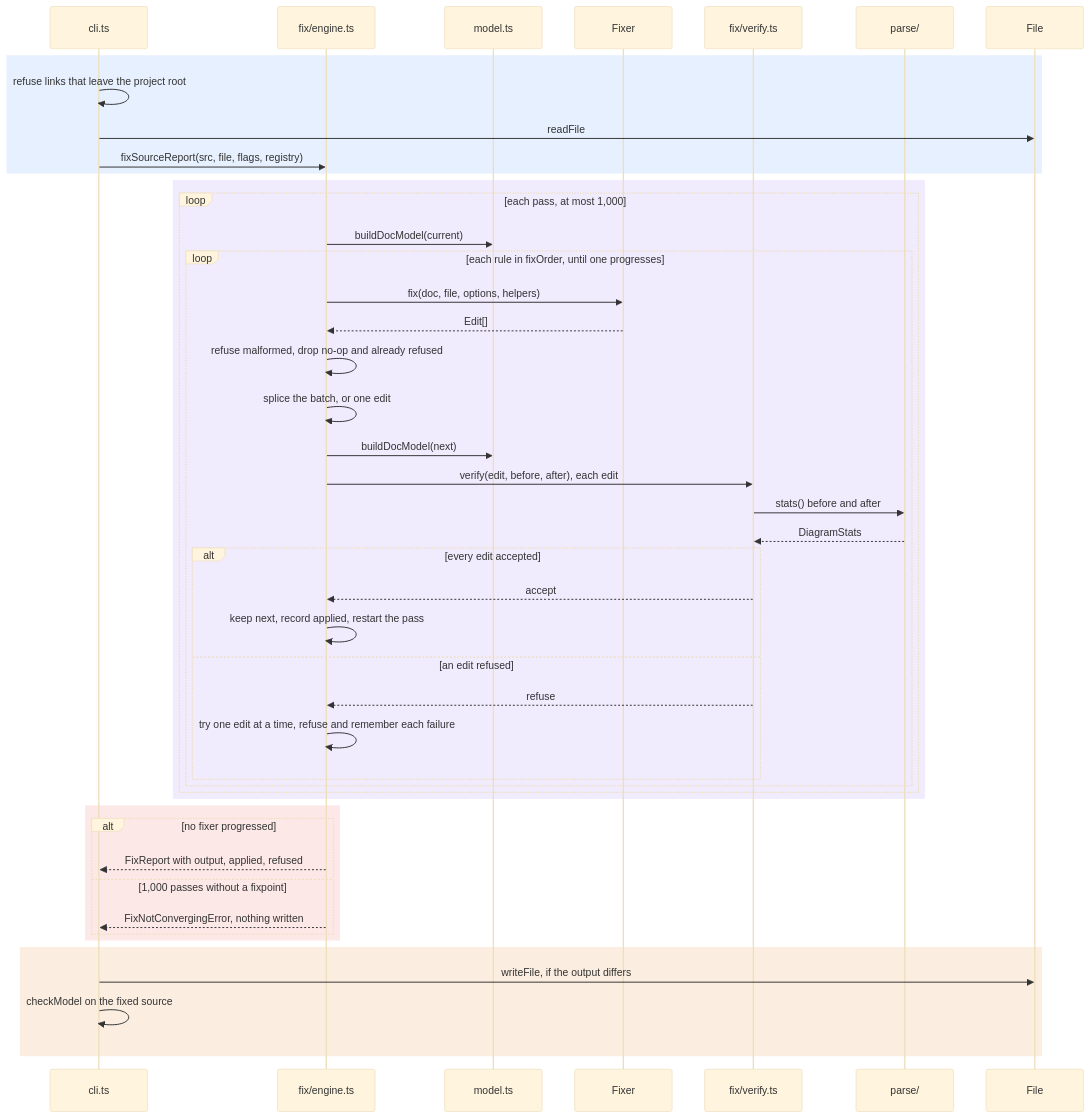
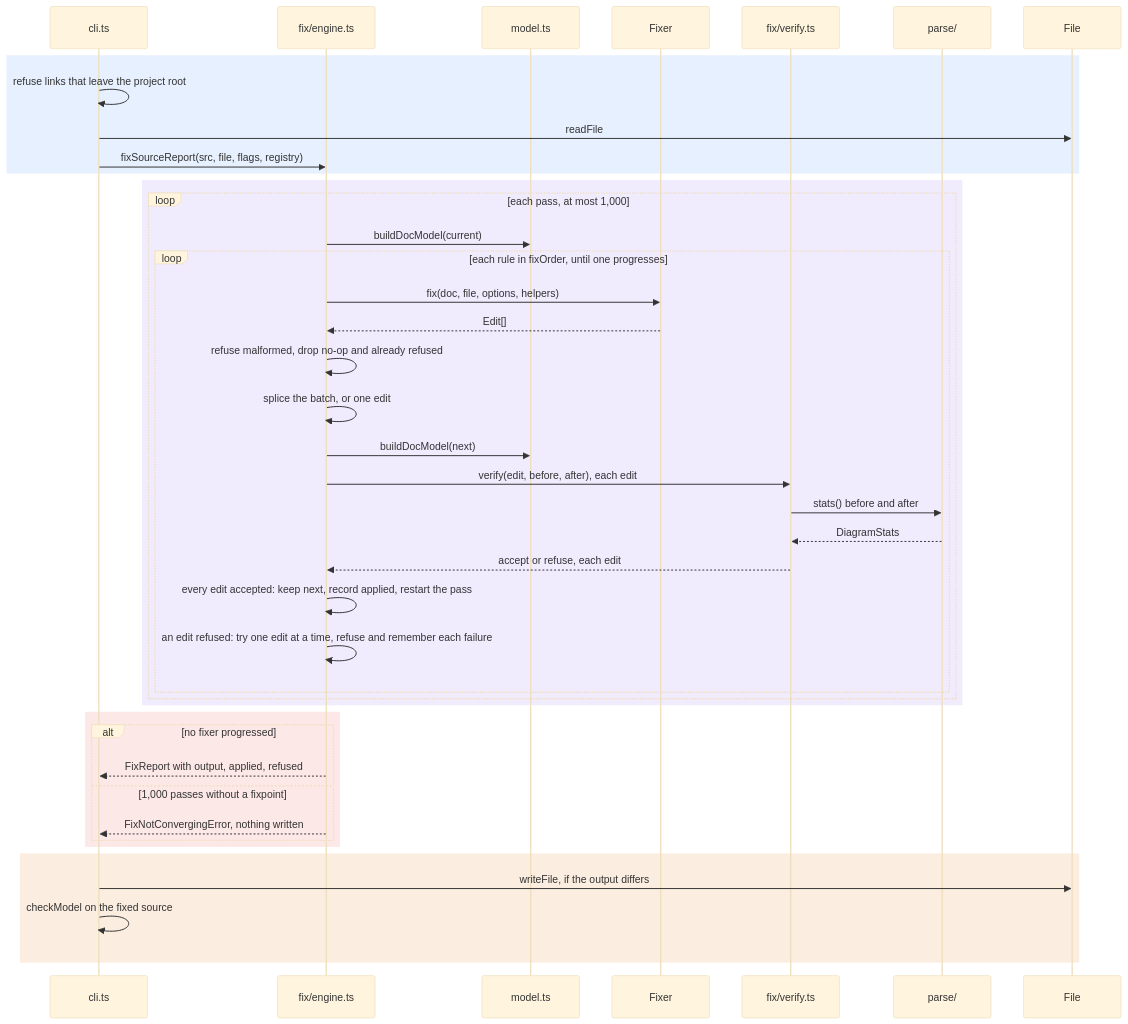
The ninth of 15 diagrams in docs/ARCHITECTURE.md (jpeakai/jpai-mermaidjs-lint), drawn with Mermaid (base theme) before and after one commit. The commit also changed other lines of this file and 27 other files, not shown here.

First line of the commit message:
Count what a reader must read in sequence, state, entity and class diagrams

````diff
--- a/docs/ARCHITECTURE.md
+++ b/docs/ARCHITECTURE.md
@@ -420,48 +420,44 @@
 ```mermaid
 sequenceDiagram
     participant CLI as cli.ts
     participant FE as fix/engine.ts
     participant M as model.ts
     participant FX as Fixer
     participant V as fix/verify.ts
     participant E as parse/
     participant FS as File
     rect rgba(59, 130, 246, 0.12)
         CLI->>CLI: refuse links that leave the project root
         CLI->>FS: readFile
         CLI->>FE: fixSourceReport(src, file, flags, registry)
     end
     rect rgba(139, 92, 246, 0.12)
         loop each pass, at most 1,000
             FE->>M: buildDocModel(current)
             loop each rule in fixOrder, until one progresses
                 FE->>FX: fix(doc, file, options, helpers)
                 FX-->>FE: Edit[]
                 FE->>FE: refuse malformed, drop no-op and already refused
                 FE->>FE: splice the batch, or one edit
                 FE->>M: buildDocModel(next)
                 FE->>V: verify(edit, before, after), each edit
                 V->>E: stats() before and after
                 E-->>V: DiagramStats
-                alt every edit accepted
-                    V-->>FE: accept
-                    FE->>FE: keep next, record applied, restart the pass
-                else an edit refused
-                    V-->>FE: refuse
-                    FE->>FE: try one edit at a time, refuse and remember each failure
-                end
+                V-->>FE: accept or refuse, each edit
+                FE->>FE: every edit accepted: keep next, record applied, restart the pass
+                FE->>FE: an edit refused: try one edit at a time, refuse and remember each failure
             end
         end
     end
     rect rgba(239, 68, 68, 0.12)
         alt no fixer progressed
             FE-->>CLI: FixReport with output, applied, refused
         else 1,000 passes without a fixpoint
             FE-->>CLI: FixNotConvergingError, nothing written
         end
     end
     rect rgba(217, 119, 6, 0.12)
         CLI->>FS: writeFile, if the output differs
         CLI->>CLI: checkModel on the fixed source
     end
 ```
````
